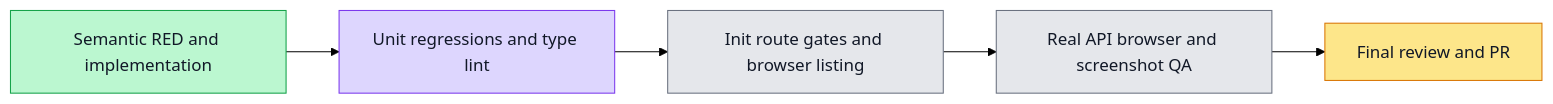
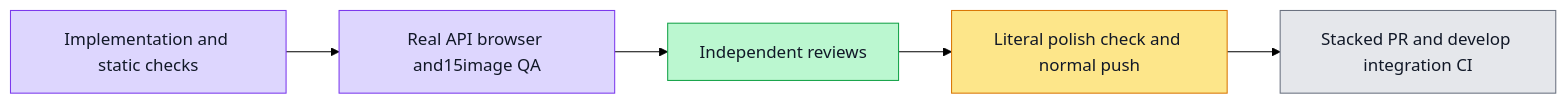
The diagram in evidence/workflow-grants-i18n-6207/README.md (boardx/workspacex), drawn with Mermaid (forest theme) before and after one commit. The commit also changed other lines of this file and 25 other files, not shown here.

````diff
--- a/evidence/workflow-grants-i18n-6207/README.md
+++ b/evidence/workflow-grants-i18n-6207/README.md
@@ -11,10 +19,11 @@
 ```mermaid
 flowchart LR
- A[Semantic RED and implementation]:::done --> B[Unit regressions and type lint]:::tested --> C[Init route gates and browser listing]:::todo --> D[Real API browser and screenshot QA]:::todo --> E[Final review and PR]:::doing
- %% evidence B: regression.txt type.txt eslint.txt
+ A[Implementation and static checks]:::tested --> B[Real API browser and15image QA]:::tested --> C[Independent reviews]:::done --> D[Literal polish check and normal push]:::doing --> E[Stacked PR and develop integration CI]:::todo
+ %% evidence A: regression.txt footer-green.txt footer-type.txt footer-eslint.txt init.txt spec-gate.txt wiring.txt
+ %% evidence B: final-run/browser.txt final-run/qa-status.json
  classDef todo fill:#e5e7eb,stroke:#6b7280,color:#111827
  classDef doing fill:#fde68a,stroke:#d97706,color:#111827
  classDef done fill:#bbf7d0,stroke:#16a34a,color:#111827
  classDef tested fill:#ddd6fe,stroke:#7c3aed,color:#111827
  classDef blocked fill:#fecaca,stroke:#dc2626,color:#111827
 ```
````
